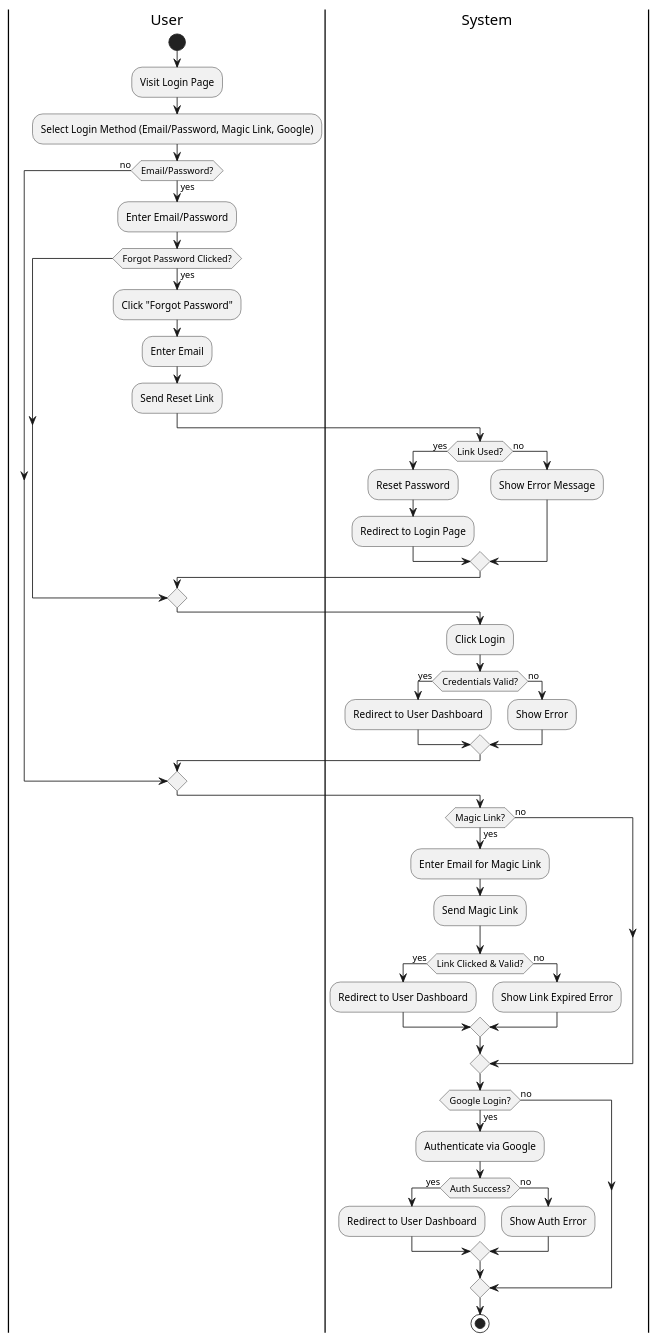
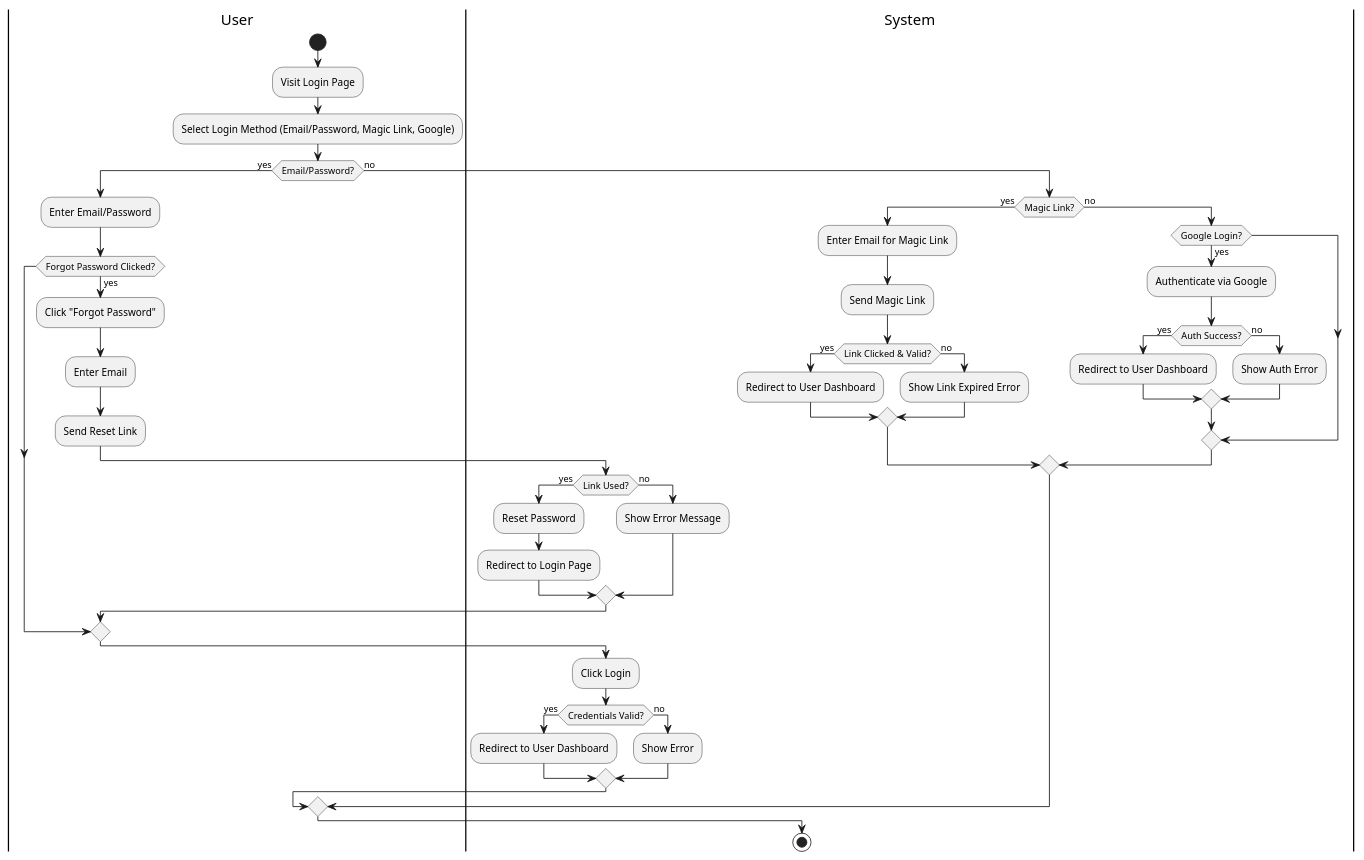
One commit to tracet2t/Venue-Reservation changed the diagram in docs/uml/activity/user-activity/user-login.wsd. Above: the diagram before and after it, drawn with PlantUML. The commit also changed 1 other file, not shown here.

Commit message:
86b2j5p7n-plantuml:updated calender activity diagrma

```diff
--- a/docs/uml/activity/user-activity/user-login.wsd
+++ b/docs/uml/activity/user-activity/user-login.wsd
@@ -1,55 +1,52 @@
 @startuml
 |User|
 start
 :Visit Login Page;
 :Select Login Method (Email/Password, Magic Link, Google);
 
 if (Email/Password?) then (yes)
     :Enter Email/Password;
     if (Forgot Password Clicked?) then (yes)
         :Click "Forgot Password";
         :Enter Email;
         :Send Reset Link;
         |System|
         if (Link Used?) then (yes)
             :Reset Password;
             :Redirect to Login Page;
         else (no)
             :Show Error Message;
         endif
     endif
     :Click Login;
     |System|
     if (Credentials Valid?) then (yes)
         :Redirect to User Dashboard;
     else (no)
         :Show Error;
     endif
 else (no)
-endif
-' // hv to stp
-if (Magic Link?) then (yes)
-    :Enter Email for Magic Link;
-    :Send Magic Link;
-    |System|
-    if (Link Clicked & Valid?) then (yes)
-        :Redirect to User Dashboard;
+    if (Magic Link?) then (yes)
+        :Enter Email for Magic Link;
+        :Send Magic Link;
+        |System|
+        if (Link Clicked & Valid?) then (yes)
+            :Redirect to User Dashboard;
+        else (no)
+            :Show Link Expired Error;
+        endif
     else (no)
-        :Show Link Expired Error;
+        if (Google Login?) then (yes)
+            :Authenticate via Google;
+            |System|
+            if (Auth Success?) then (yes)
+                :Redirect to User Dashboard;
+            else (no)
+                :Show Auth Error;
+            endif
+        endif
     endif
-else (no)
-endif
-' hv to spt
-if (Google Login?) then (yes)
-    :Authenticate via Google;
-    |System|
-    if (Auth Success?) then (yes)
-        :Redirect to User Dashboard;
-    else (no)
-        :Show Auth Error;
-    endif
-else (no)
 endif
 
 stop
 @enduml
```
